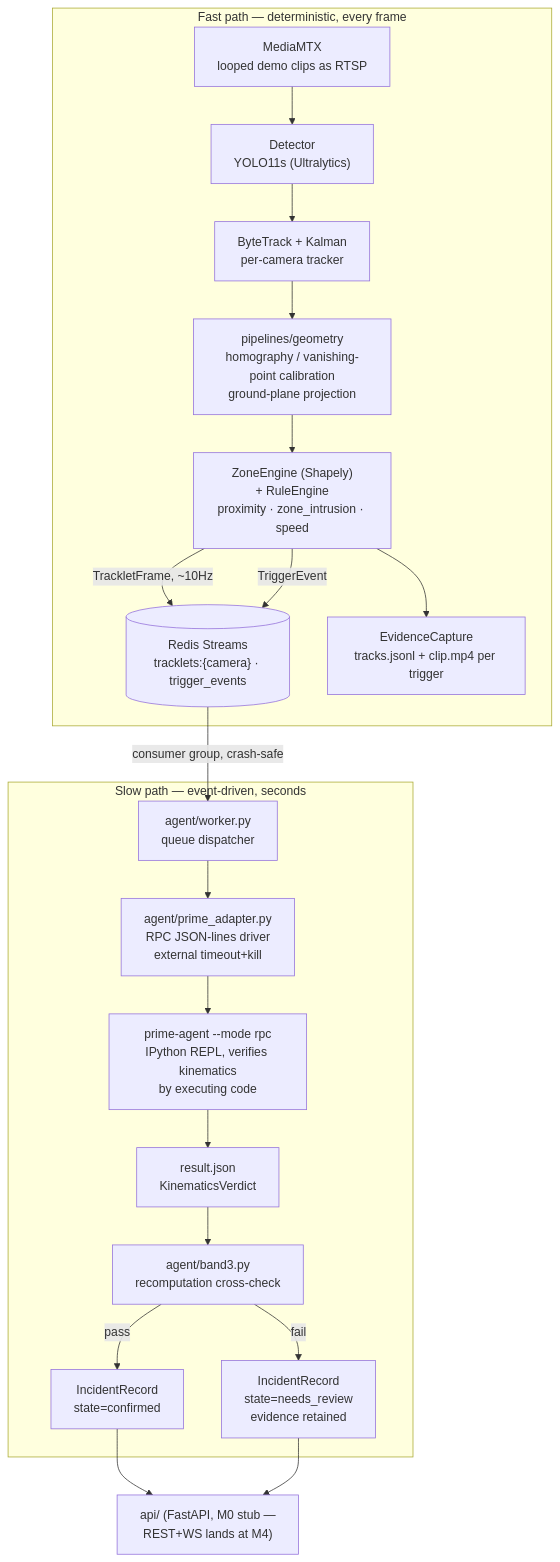
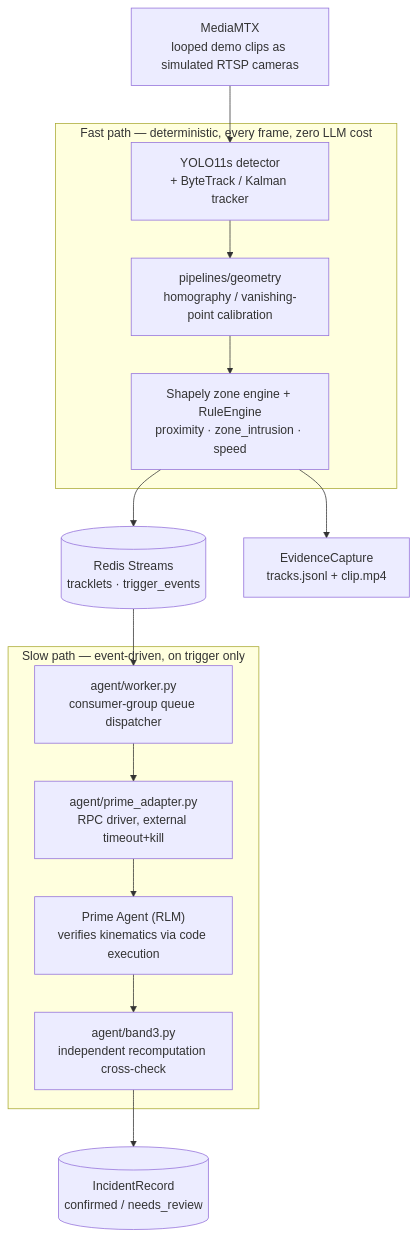
The diagram in README.md (yash-rai-93/forgeguard-ai), drawn with Mermaid before and after one commit. The commit also changed other lines of this file and 2 other files, not shown here.

First paragraph of the commit message:
docs: simplify README architecture diagram, credit Prime Intellect's RLM
Two fixes:

````diff
--- a/README.md
+++ b/README.md
@@ -69,23 +69,17 @@
 ```mermaid
 flowchart TD
-    subgraph fast["Fast path — deterministic, every frame"]
-        SRC["MediaMTX<br>looped demo clips as RTSP"] --> DET["Detector<br>YOLO11s (Ultralytics)"]
-        DET --> TRK["ByteTrack + Kalman<br>per-camera tracker"]
-        TRK --> GEOM["pipelines/geometry<br>homography / vanishing-point calibration<br>ground-plane projection"]
-        GEOM --> ZONE["ZoneEngine (Shapely)<br>+ RuleEngine<br>proximity · zone_intrusion · speed"]
-        ZONE -->|TrackletFrame, ~10Hz| BROKER[("Redis Streams<br>tracklets:{camera} · trigger_events")]
-        ZONE -->|TriggerEvent| BROKER
-        ZONE --> EVID["EvidenceCapture<br>tracks.jsonl + clip.mp4 per trigger"]
+    SRC["MediaMTX<br>looped demo clips as simulated RTSP cameras"] --> DET
+    subgraph fast["Fast path — deterministic, every frame, zero LLM cost"]
+        DET["YOLO11s detector<br>+ ByteTrack / Kalman tracker"] --> GEOM["pipelines/geometry<br>homography / vanishing-point calibration"]
+        GEOM --> RULES["Shapely zone engine + RuleEngine<br>proximity · zone_intrusion · speed"]
     end
-    BROKER -->|consumer group, crash-safe| WORKER
-    subgraph slow["Slow path — event-driven, seconds"]
-        WORKER["agent/worker.py<br>queue dispatcher"] --> ADAPTER["agent/prime_adapter.py<br>RPC JSON-lines driver<br>external timeout+kill"]
-        ADAPTER --> PA["prime-agent --mode rpc<br>IPython REPL, verifies kinematics<br>by executing code"]
-        PA --> RESULT["result.json<br>KinematicsVerdict"]
-        RESULT --> GATE["agent/band3.py<br>recomputation cross-check"]
-        GATE -->|pass| CONFIRMED["IncidentRecord<br>state=confirmed"]
-        GATE -->|fail| REVIEW["IncidentRecord<br>state=needs_review<br>evidence retained"]
+    RULES --> BROKER[("Redis Streams<br>tracklets · trigger_events")]
+    RULES --> EVID["EvidenceCapture<br>tracks.jsonl + clip.mp4"]
+    BROKER --> WORKER
+    subgraph slow["Slow path — event-driven, on trigger only"]
+        WORKER["agent/worker.py<br>consumer-group queue dispatcher"] --> ADAPTER["agent/prime_adapter.py<br>RPC driver, external timeout+kill"]
+        ADAPTER --> PA["Prime Agent (RLM)<br>verifies kinematics via code execution"]
+        PA --> GATE["agent/band3.py<br>independent recomputation cross-check"]
     end
-    CONFIRMED --> API["api/ (FastAPI, M0 stub —<br>REST+WS lands at M4)"]
-    REVIEW --> API
+    GATE --> REC[("IncidentRecord<br>confirmed / needs_review")]
 ```
````
